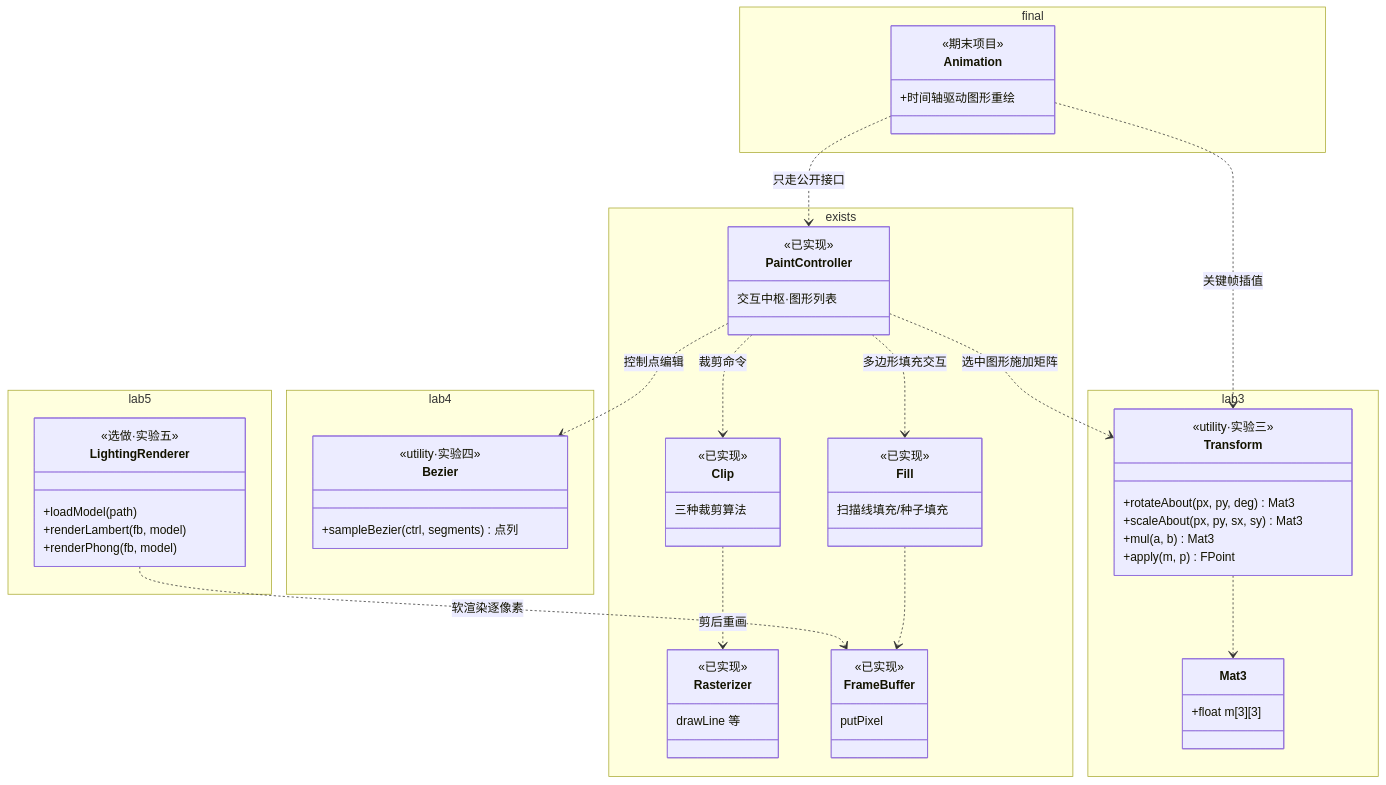
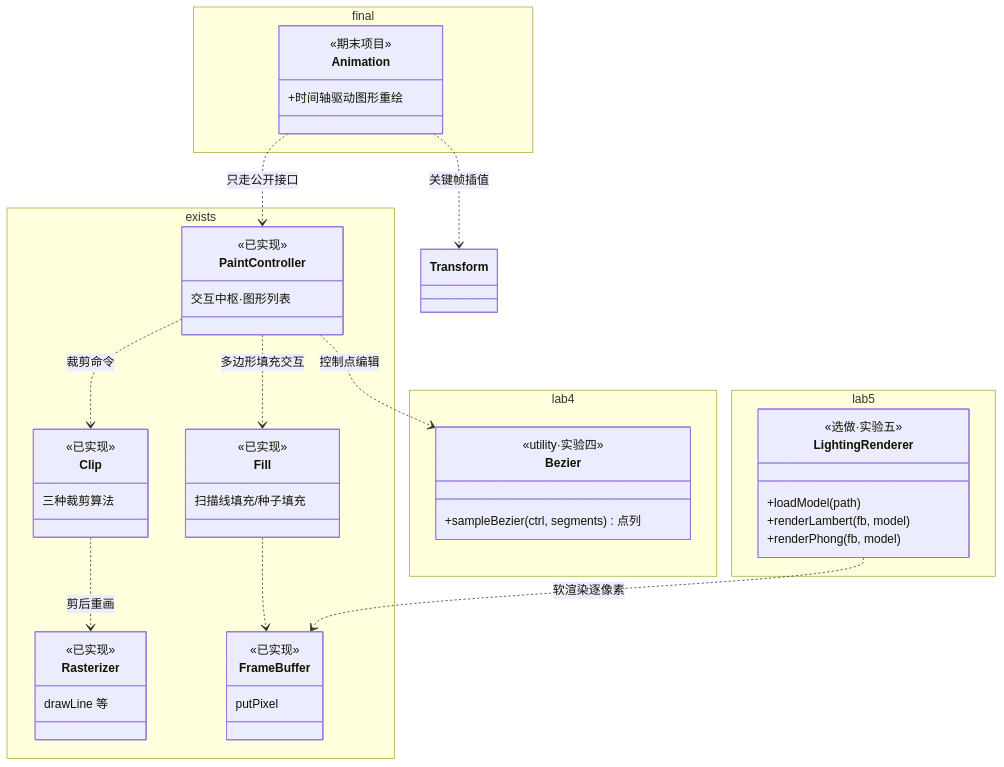
Before and after one commit to zmdld11/SHU-Computer-Graphics: the third of 3 diagrams in docs/架构设计.md, drawn with Mermaid. The commit also changed other lines of this file and 11 other files, not shown here.

Commit message:
feat: 实验三——二维图形变换（几何矩阵/选中交互/对接拼接） (#35 #36 #37) (#38)

````diff
--- a/docs/架构设计.md
+++ b/docs/架构设计.md
@@ -195,74 +218,59 @@
 ```mermaid
 classDiagram
     direction TB
 
     namespace exists {
         class PaintController {
             <<已实现>>
             交互中枢·图形列表
         }
         class Rasterizer {
             <<已实现>>
             drawLine 等
         }
         class Fill {
             <<已实现>>
             扫描线填充/种子填充
         }
         class Clip {
             <<已实现>>
             三种裁剪算法
         }
         class FrameBuffer {
             <<已实现>>
             putPixel
-        }
-    }
-
-    namespace lab3 {
-        class Mat3 {
-            +float m[3][3]
-        }
-        class Transform {
-            <<utility·实验三>>
-            +rotateAbout(px, py, deg) Mat3
-            +scaleAbout(px, py, sx, sy) Mat3
-            +mul(a, b) Mat3
-            +apply(m, p) FPoint
         }
     }
 
     namespace lab4 {
         class Bezier {
             <<utility·实验四>>
             +sampleBezier(ctrl, segments) 点列
         }
     }
 
     namespace lab5 {
         class LightingRenderer {
             <<选做·实验五>>
             +loadModel(path)
             +renderLambert(fb, model)
             +renderPhong(fb, model)
         }
     }
 
     namespace final {
         class Animation {
             <<期末项目>>
             +时间轴驱动图形重绘
         }
     }
 
     PaintController ..> Fill : 多边形填充交互
     PaintController ..> Clip : 裁剪命令
     Fill ..> FrameBuffer
     Clip ..> Rasterizer : 剪后重画
-    PaintController ..> Transform : 选中图形施加矩阵
-    Transform ..> Mat3
     PaintController ..> Bezier : 控制点编辑
     LightingRenderer ..> FrameBuffer : 软渲染逐像素
     Animation ..> PaintController : 只走公开接口
     Animation ..> Transform : 关键帧插值
 ```
````
